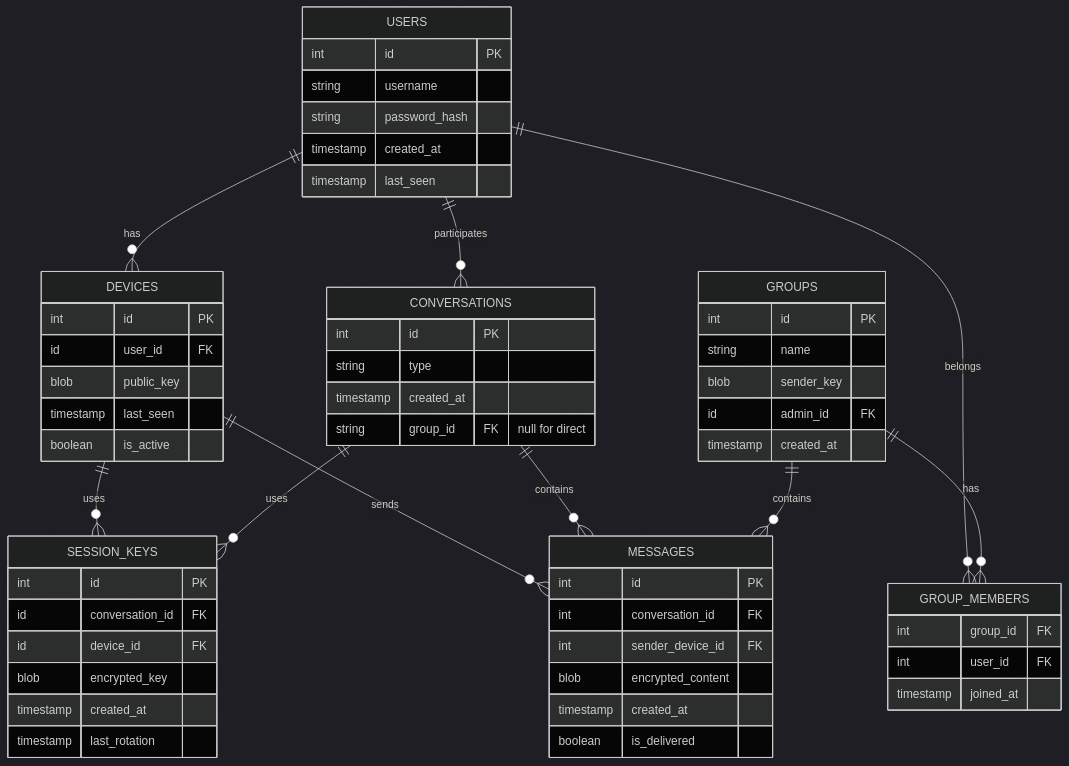
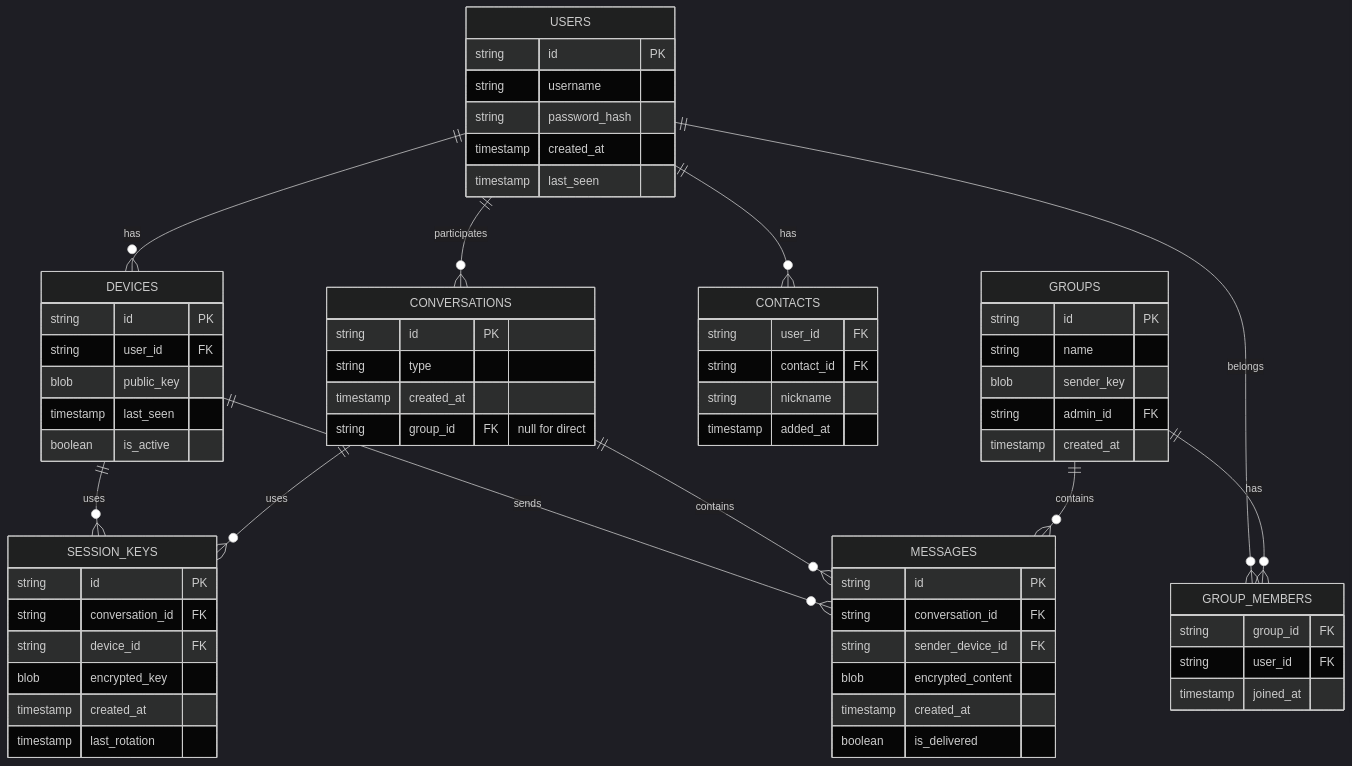
Before and after one commit to Gugarauj07/ChatE2EE-ElgamalCrypto: the first of 2 diagrams in README.md, drawn with Mermaid (dark theme). The commit also changed other lines of this file, not shown here.

````diff
--- a/README.md
+++ b/README.md
@@ -10,67 +10,75 @@
 ```mermaid
 erDiagram
     USERS ||--o{ DEVICES : has
     USERS ||--o{ CONVERSATIONS : participates
     USERS ||--o{ GROUP_MEMBERS : belongs
+    USERS ||--o{ CONTACTS : has
     DEVICES ||--o{ SESSION_KEYS : uses
     DEVICES ||--o{ MESSAGES : sends
     CONVERSATIONS ||--o{ MESSAGES : contains
     CONVERSATIONS ||--o{ SESSION_KEYS : uses
     GROUPS ||--o{ GROUP_MEMBERS : has
     GROUPS ||--o{ MESSAGES : contains
 
     USERS {
-        int id PK
+        string id PK
         string username
         string password_hash
         timestamp created_at
         timestamp last_seen
     }
 
+    CONTACTS {
+        string user_id FK
+        string contact_id FK
+        string nickname
+        timestamp added_at
+    }
+
     DEVICES {
-        int id PK
-        id user_id FK
+        string id PK
+        string user_id FK
         blob public_key
         timestamp last_seen
         boolean is_active
     }
 
     SESSION_KEYS {
-        int id PK
-        id conversation_id FK
-        id device_id FK
+        string id PK
+        string conversation_id FK
+        string device_id FK
         blob encrypted_key
         timestamp created_at
         timestamp last_rotation
     }
 
     CONVERSATIONS {
-        int id PK
+        string id PK
         string type
         timestamp created_at
         string group_id FK "null for direct"
     }
 
     MESSAGES {
-        int id PK
-        int conversation_id FK
-        int sender_device_id FK
+        string id PK
+        string conversation_id FK
+        string sender_device_id FK
         blob encrypted_content
         timestamp created_at
         boolean is_delivered
     }
 
     GROUPS {
-        int id PK
+        string id PK
         string name
         blob sender_key
-        id admin_id FK
+        string admin_id FK
         timestamp created_at
     }
 
     GROUP_MEMBERS {
-        int group_id FK
-        int user_id FK
+        string group_id FK
+        string user_id FK
         timestamp joined_at
     }
 ```
````
